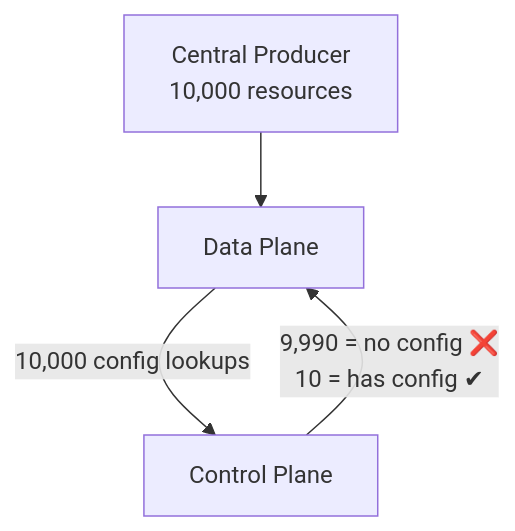
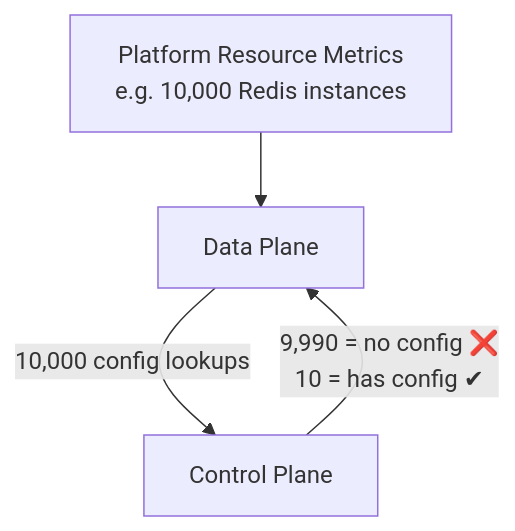
The third of 5 diagrams in AWS/Msft/e2e.md (mvsnbharath/Design), drawn with Mermaid before and after one commit. The commit also changed other lines of this file, not shown here.

````diff
--- a/AWS/Msft/e2e.md
+++ b/AWS/Msft/e2e.md
@@ -53,6 +53,6 @@
 ```mermaid
 flowchart TB
-    P[Central Producer<br/>10,000 resources] --> DP[Data Plane]
+    P[Platform Resource Metrics<br/>e.g. 10,000 Redis instances] --> DP[Data Plane]
     DP -->|10,000 config lookups| CP[Control Plane]
     CP -->|9,990 = no config ❌<br/>10 = has config ✔| DP
 ```
````
